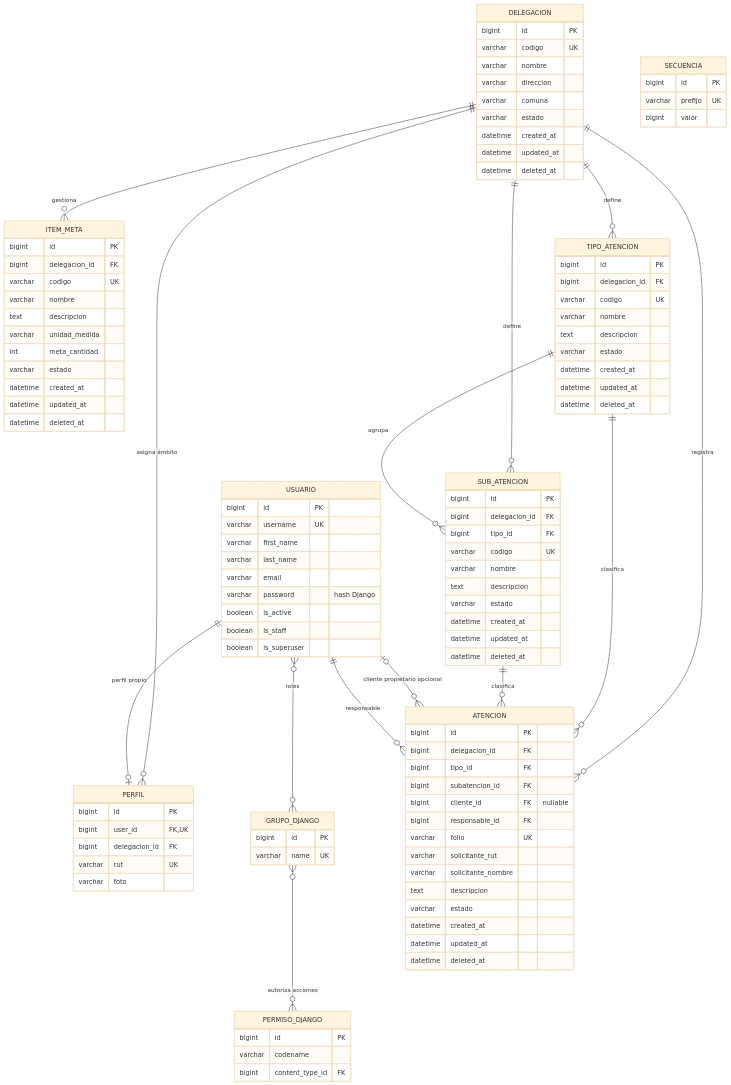
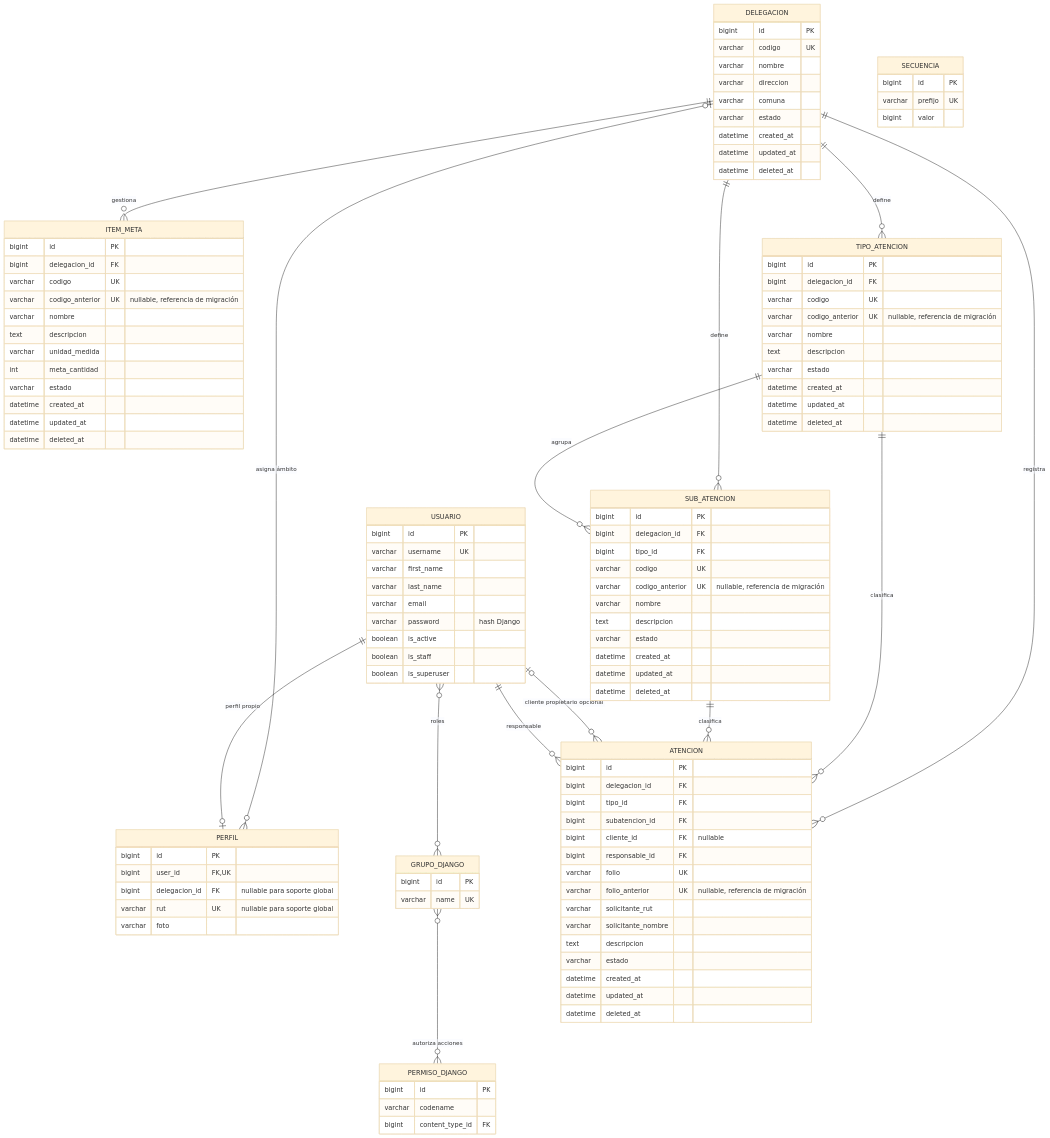
The diagram in diagramas/modelos_django.mmd (zoroikami/sgr-municipalidad-laserena), drawn with Mermaid (base theme) before and after one commit. The commit also changed 14 other files, not shown here.

```diff
--- a/diagramas/modelos_django.mmd
+++ b/diagramas/modelos_django.mmd
@@ -1,110 +1,114 @@
 erDiagram
-    DELEGACION ||--o{ PERFIL : "asigna ámbito"
+    DELEGACION o|--o{ PERFIL : "asigna ámbito"
     USUARIO ||--o| PERFIL : "perfil propio"
     USUARIO }o--o{ GRUPO_DJANGO : "roles"
     GRUPO_DJANGO }o--o{ PERMISO_DJANGO : "autoriza acciones"
     DELEGACION ||--o{ ITEM_META : "gestiona"
     DELEGACION ||--o{ TIPO_ATENCION : "define"
     DELEGACION ||--o{ SUB_ATENCION : "define"
     TIPO_ATENCION ||--o{ SUB_ATENCION : "agrupa"
     DELEGACION ||--o{ ATENCION : "registra"
     TIPO_ATENCION ||--o{ ATENCION : "clasifica"
     SUB_ATENCION ||--o{ ATENCION : "clasifica"
     USUARIO o|--o{ ATENCION : "cliente propietario opcional"
     USUARIO ||--o{ ATENCION : "responsable"
 
     DELEGACION {
         bigint id PK
         varchar codigo UK
         varchar nombre
         varchar direccion
         varchar comuna
         varchar estado
         datetime created_at
         datetime updated_at
         datetime deleted_at
     }
     PERFIL {
         bigint id PK
         bigint user_id FK,UK
-        bigint delegacion_id FK
-        varchar rut UK
+        bigint delegacion_id FK "nullable para soporte global"
+        varchar rut UK "nullable para soporte global"
         varchar foto
     }
     ITEM_META {
         bigint id PK
         bigint delegacion_id FK
         varchar codigo UK
+        varchar codigo_anterior UK "nullable, referencia de migración"
         varchar nombre
         text descripcion
         varchar unidad_medida
         int meta_cantidad
         varchar estado
         datetime created_at
         datetime updated_at
         datetime deleted_at
     }
     TIPO_ATENCION {
         bigint id PK
         bigint delegacion_id FK
         varchar codigo UK
+        varchar codigo_anterior UK "nullable, referencia de migración"
         varchar nombre
         text descripcion
         varchar estado
         datetime created_at
         datetime updated_at
         datetime deleted_at
     }
     SUB_ATENCION {
         bigint id PK
         bigint delegacion_id FK
         bigint tipo_id FK
         varchar codigo UK
+        varchar codigo_anterior UK "nullable, referencia de migración"
         varchar nombre
         text descripcion
         varchar estado
         datetime created_at
         datetime updated_at
         datetime deleted_at
     }
     ATENCION {
         bigint id PK
         bigint delegacion_id FK
         bigint tipo_id FK
         bigint subatencion_id FK
         bigint cliente_id FK "nullable"
         bigint responsable_id FK
         varchar folio UK
+        varchar folio_anterior UK "nullable, referencia de migración"
         varchar solicitante_rut
         varchar solicitante_nombre
         text descripcion
         varchar estado
         datetime created_at
         datetime updated_at
         datetime deleted_at
     }
     SECUENCIA {
         bigint id PK
         varchar prefijo UK
         bigint valor
     }
     USUARIO {
         bigint id PK
         varchar username UK
         varchar first_name
         varchar last_name
         varchar email
         varchar password "hash Django"
         boolean is_active
         boolean is_staff
         boolean is_superuser
     }
     GRUPO_DJANGO {
         bigint id PK
         varchar name UK
     }
     PERMISO_DJANGO {
         bigint id PK
         varchar codename
         bigint content_type_id FK
     }
```
